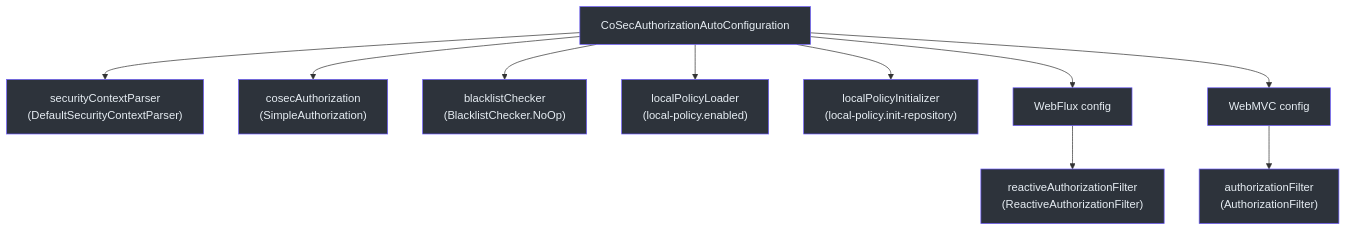
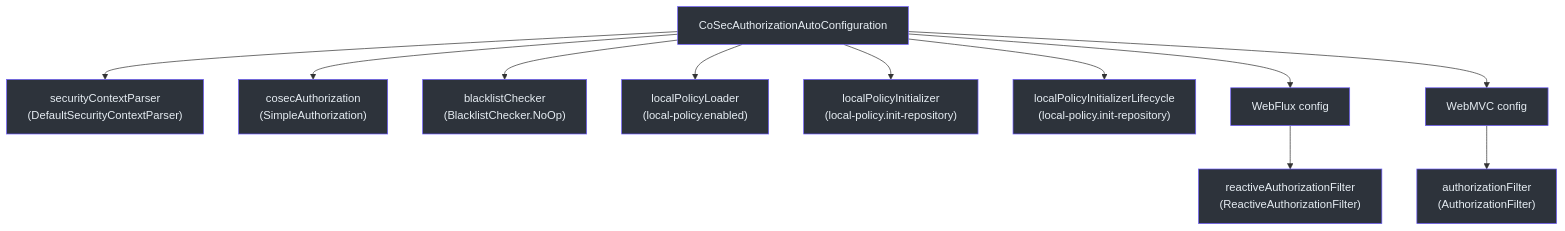
One commit to Ahoo-Wang/CoSec changed the third of 4 diagrams in wiki/deep-dive/extending/auto-configuration.md. Above: the diagram before and after it, drawn with Mermaid. The commit also changed other lines of this file and 17 other files, not shown here.

````diff
--- a/wiki/deep-dive/extending/auto-configuration.md
+++ b/wiki/deep-dive/extending/auto-configuration.md
@@ -112,24 +120,26 @@
 ```mermaid
 graph TD
     A["CoSecAuthorizationAutoConfiguration"] --> B["securityContextParser<br>(DefaultSecurityContextParser)"]
     A --> C["cosecAuthorization<br>(SimpleAuthorization)"]
     A --> D["blacklistChecker<br>(BlacklistChecker.NoOp)"]
     A --> E["localPolicyLoader<br>(local-policy.enabled)"]
     A --> F["localPolicyInitializer<br>(local-policy.init-repository)"]
+    A --> K["localPolicyInitializerLifecycle<br>(local-policy.init-repository)"]
     A --> G["WebFlux config"]
     A --> H["WebMVC config"]
     G --> I["reactiveAuthorizationFilter<br>(ReactiveAuthorizationFilter)"]
     H --> J["authorizationFilter<br>(AuthorizationFilter)"]
 
     style A fill:#2d333b,stroke:#6d5dfc,color:#e6edf3
     style B fill:#2d333b,stroke:#6d5dfc,color:#e6edf3
     style C fill:#2d333b,stroke:#6d5dfc,color:#e6edf3
     style D fill:#2d333b,stroke:#6d5dfc,color:#e6edf3
     style E fill:#2d333b,stroke:#6d5dfc,color:#e6edf3
     style F fill:#2d333b,stroke:#6d5dfc,color:#e6edf3
+    style K fill:#2d333b,stroke:#6d5dfc,color:#e6edf3
     style G fill:#2d333b,stroke:#6d5dfc,color:#e6edf3
     style H fill:#2d333b,stroke:#6d5dfc,color:#e6edf3
     style I fill:#2d333b,stroke:#6d5dfc,color:#e6edf3
     style J fill:#2d333b,stroke:#6d5dfc,color:#e6edf3
 
 ```
````
